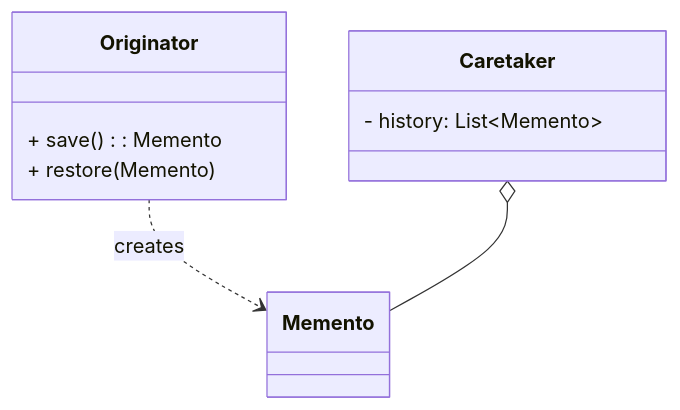
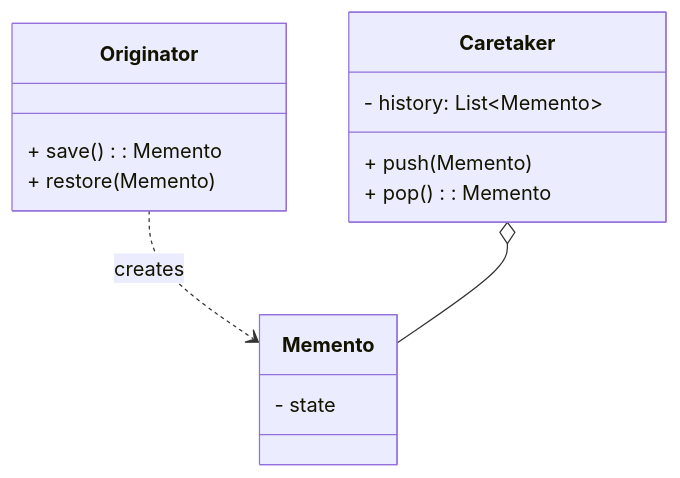
The diagram in 设计模式/行为型/备忘录模式.md (tghrxxxyyy/knowledge-base), drawn with Mermaid before and after one commit. The commit also changed other lines of this file and 101 other files, not shown here.

````diff
--- a/设计模式/行为型/备忘录模式.md
+++ b/设计模式/行为型/备忘录模式.md
@@ -10,13 +13,17 @@
 ```mermaid
 classDiagram
     class Originator {
         + save(): Memento
         + restore(Memento)
     }
-    class Memento
+    class Memento {
+        - state
+    }
     class Caretaker {
         - history: List~Memento~
+        + push(Memento)
+        + pop(): Memento
     }
     Originator ..> Memento : creates
     Caretaker o-- Memento
 ```
````
